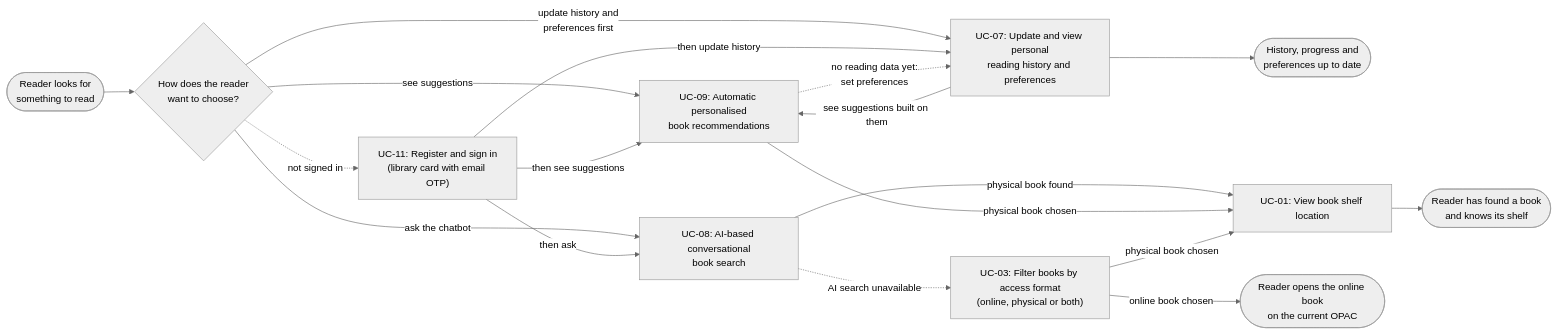
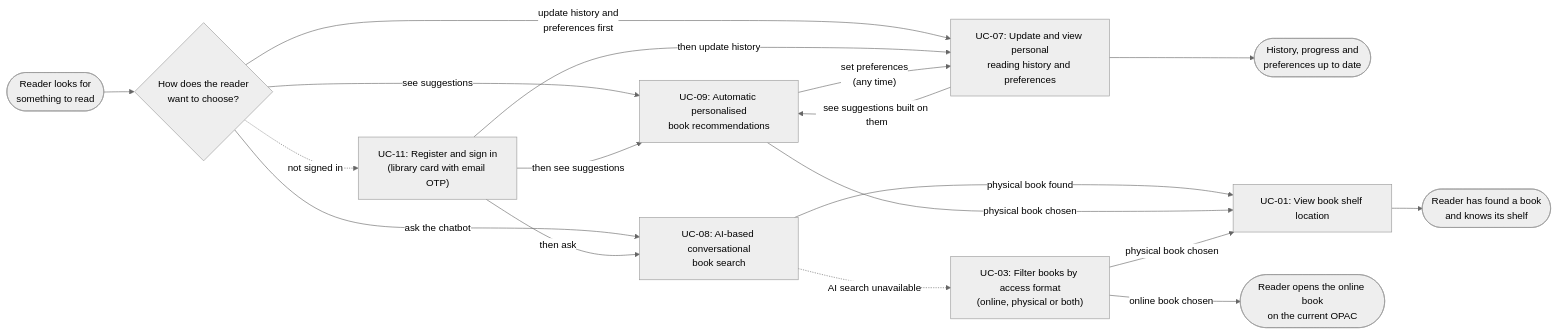
Before and after one commit to chihvcte-beep/dbiz2-group-h: the second of 4 diagrams in [DBIZ 2] GROUP H/EXTERNAL DESIGN/usage-flow.md, drawn with Mermaid (neutral theme). The commit also changed other lines of this file and 453 other files, not shown here.

First line of the commit message:
Align diagrams, specs, wireframes and workbook after the 23/11 review

````diff
--- a/[DBIZ 2] GROUP H/EXTERNAL DESIGN/usage-flow.md
+++ b/[DBIZ 2] GROUP H/EXTERNAL DESIGN/usage-flow.md
@@ -71,20 +72,20 @@
 ```mermaid
 flowchart LR
   A(["Reader looks for<br>something to read"]) --> D{"How does the reader<br>want to choose?"}
   D -->|"ask the chatbot"| U8["UC-08: AI-based conversational<br>book search"]
   D -->|"see suggestions"| U9["UC-09: Automatic personalised<br>book recommendations"]
   D -->|"update history and<br>preferences first"| U7["UC-07: Update and view personal<br>reading history and preferences"]
   D -.->|"not signed in"| U11["UC-11: Register and sign in<br>(library card with email OTP)"]
   U11 -->|"then ask"| U8
   U11 -->|"then see suggestions"| U9
   U11 -->|"then update history"| U7
-  U9 -.->|"no reading data yet:<br>set preferences"| U7
+  U9 -->|"set preferences<br>(any time)"| U7
   U7 -->|"see suggestions built on them"| U9
   U7 --> Z3(["History, progress and<br>preferences up to date"])
   U8 -.->|"AI search unavailable"| U3["UC-03: Filter books by access format<br>(online, physical or both)"]
   U8 -->|"physical book found"| U1["UC-01: View book shelf location"]
   U9 -->|"physical book chosen"| U1
   U3 -->|"physical book chosen"| U1
   U1 --> Z(["Reader has found a book<br>and knows its shelf"])
   U3 -->|"online book chosen"| Z2(["Reader opens the online book<br>on the current OPAC"])
 ```
````
